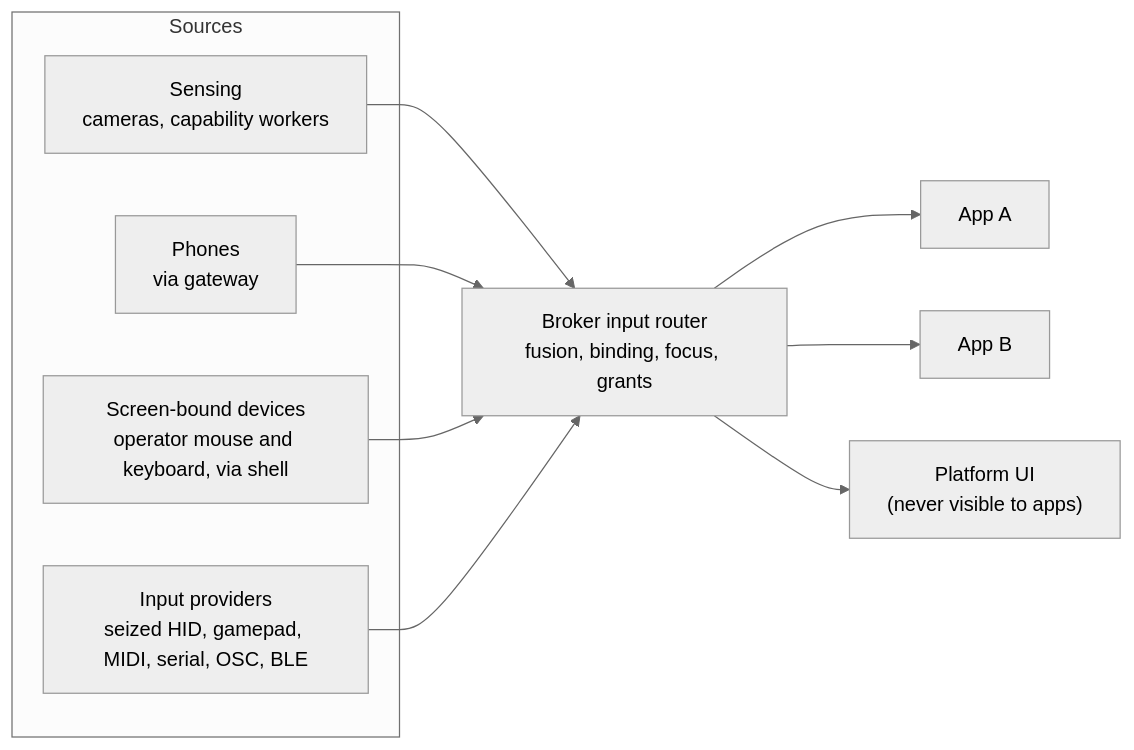
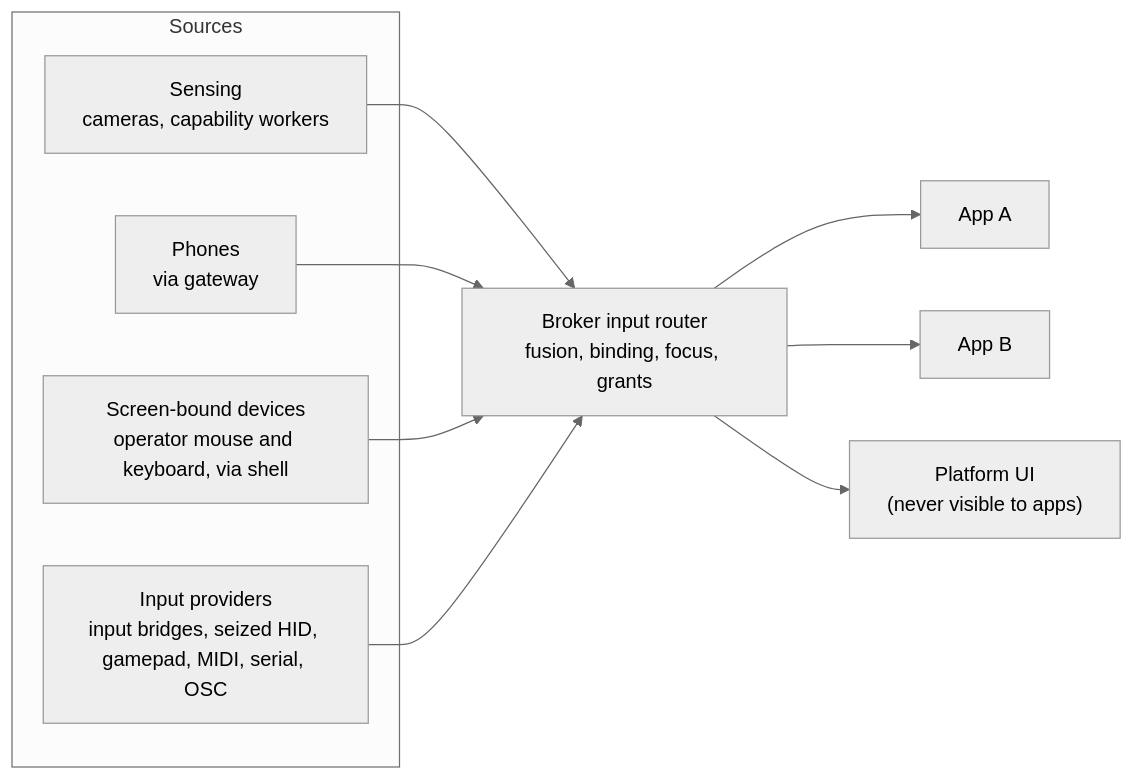
The fifth of 13 diagrams in docs/architecture.md (ProjectorOS/projector-os), drawn with Mermaid (neutral theme) before and after one commit. The commit also changed other lines of this file, not shown here.

First line of the commit message:
Add input bridges for tracked devices

````diff
--- a/docs/architecture.md
+++ b/docs/architecture.md
@@ -328,13 +328,13 @@
 ```mermaid
 flowchart LR
   subgraph Sources
     S1["Sensing<br/>cameras, capability workers"]
     S2["Phones<br/>via gateway"]
     S3["Screen-bound devices<br/>operator mouse and keyboard, via shell"]
-    S4["Input providers<br/>seized HID, gamepad, MIDI, serial, OSC, BLE"]
+    S4["Input providers<br/>input bridges, seized HID, gamepad, MIDI, serial, OSC"]
   end
   S1 & S2 & S3 & S4 --> R["Broker input router<br/>fusion, binding, focus, grants"]
   R --> A1[App A]
   R --> A2[App B]
   R --> PUI["Platform UI<br/>(never visible to apps)"]
 ```
````
